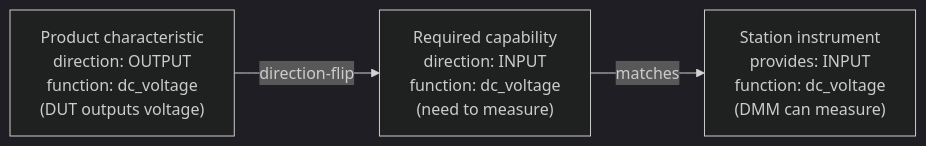
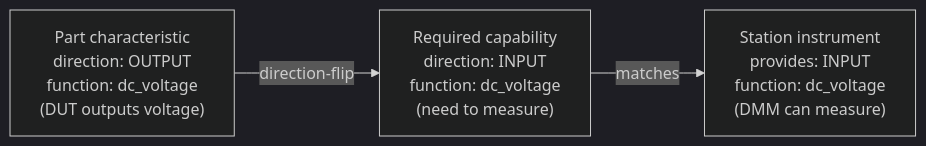
The eighth of 9 diagrams in docs/concepts/overview/architecture.md (pragmatest-dev/testerkit), drawn with Mermaid (dark theme) before and after one commit. The commit also changed other lines of this file and 246 other files, not shown here.

First line of the commit message:
refactor: rename product -> part across the codebase (#258)

````diff
--- a/docs/concepts/overview/architecture.md
+++ b/docs/concepts/overview/architecture.md
@@ -301,8 +301,8 @@
 ```mermaid
 flowchart LR
-    PC["Product characteristic<br/>direction: OUTPUT<br/>function: dc_voltage<br/>(DUT outputs voltage)"]
+    PC["Part characteristic<br/>direction: OUTPUT<br/>function: dc_voltage<br/>(DUT outputs voltage)"]
     REQ["Required capability<br/>direction: INPUT<br/>function: dc_voltage<br/>(need to measure)"]
     SI["Station instrument<br/>provides: INPUT<br/>function: dc_voltage<br/>(DMM can measure)"]
     PC -- "direction-flip" --> REQ
     REQ -- "matches" --> SI
 ```
````
